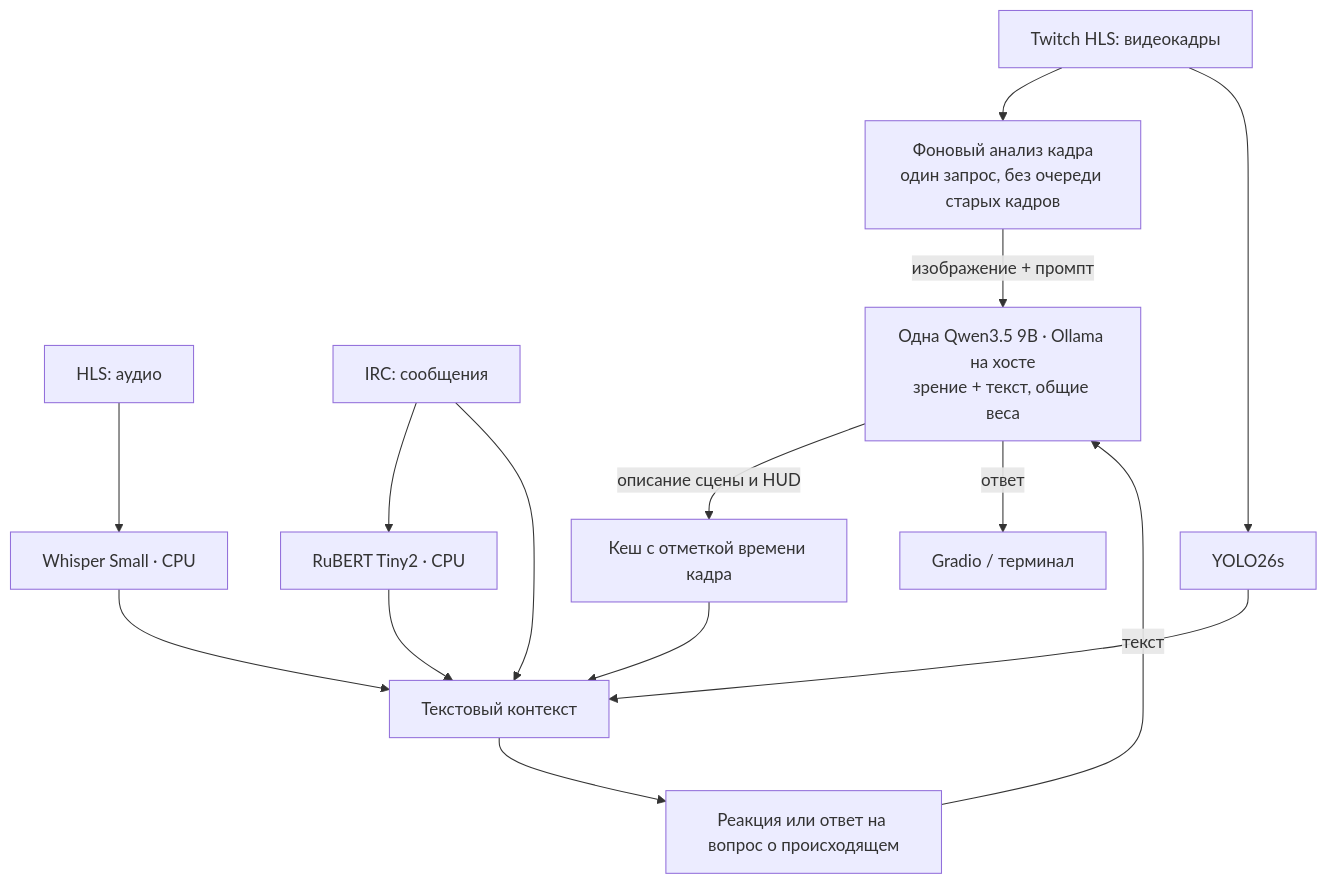
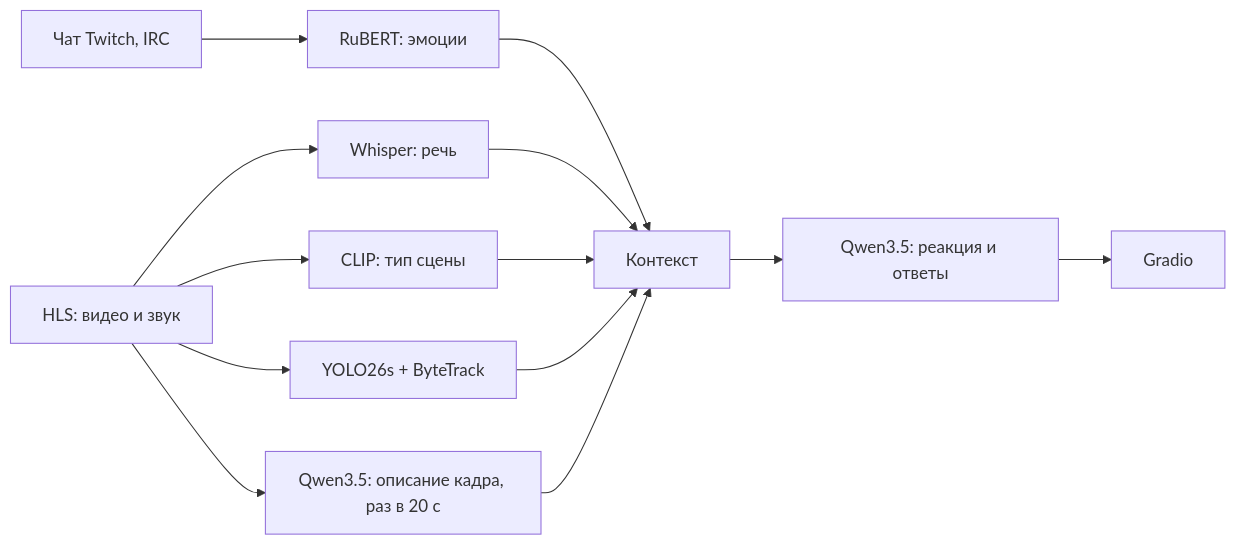
One commit to m5tshift/llm-lab changed the diagram in README.md. Above: the diagram before and after it, drawn with Mermaid. The commit also changed other lines of this file and 55 other files, not shown here.

````diff
--- a/README.md
+++ b/README.md
@@ -92,17 +21,11 @@
 ```mermaid
-flowchart TD
-    HLS["Twitch HLS: видеокадры"] --> BG["Фоновый анализ кадра<br/>один запрос, без очереди старых кадров"]
-    HLS --> YOLO["YOLO26s"]
-    AUDIO["HLS: аудио"] --> ASR["Whisper Small · CPU"]
-    CHAT["IRC: сообщения"] --> NLP["RuBERT Tiny2 · CPU"]
-    BG -->|"изображение + промпт"| Q["Одна Qwen3.5 9B · Ollama на хосте<br/>зрение + текст, общие веса"]
-    Q -->|"описание сцены и HUD"| CACHE["Кеш с отметкой времени кадра"]
-    CACHE --> CTX["Текстовый контекст"]
-    YOLO --> CTX
-    ASR --> CTX
-    NLP --> CTX
-    CHAT --> CTX
-    CTX --> REPLY["Реакция или ответ на вопрос о происходящем"]
-    REPLY -->|"текст"| Q
-    Q -->|"ответ"| UI["Gradio / терминал"]
+flowchart LR
+    IRC["Чат Twitch, IRC"] --> NLP["RuBERT: эмоции"]
+    HLS["HLS: видео и звук"] --> ASR["Whisper: речь"]
+    HLS --> CLIP["CLIP: тип сцены"]
+    HLS --> YOLO["YOLO26s + ByteTrack"]
+    HLS --> VLM["Qwen3.5: описание кадра, раз в 20 с"]
+    NLP & ASR & CLIP & YOLO & VLM --> CTX["Контекст"]
+    CTX --> LLM["Qwen3.5: реакция и ответы"]
+    LLM --> UI["Gradio"]
 ```
````
